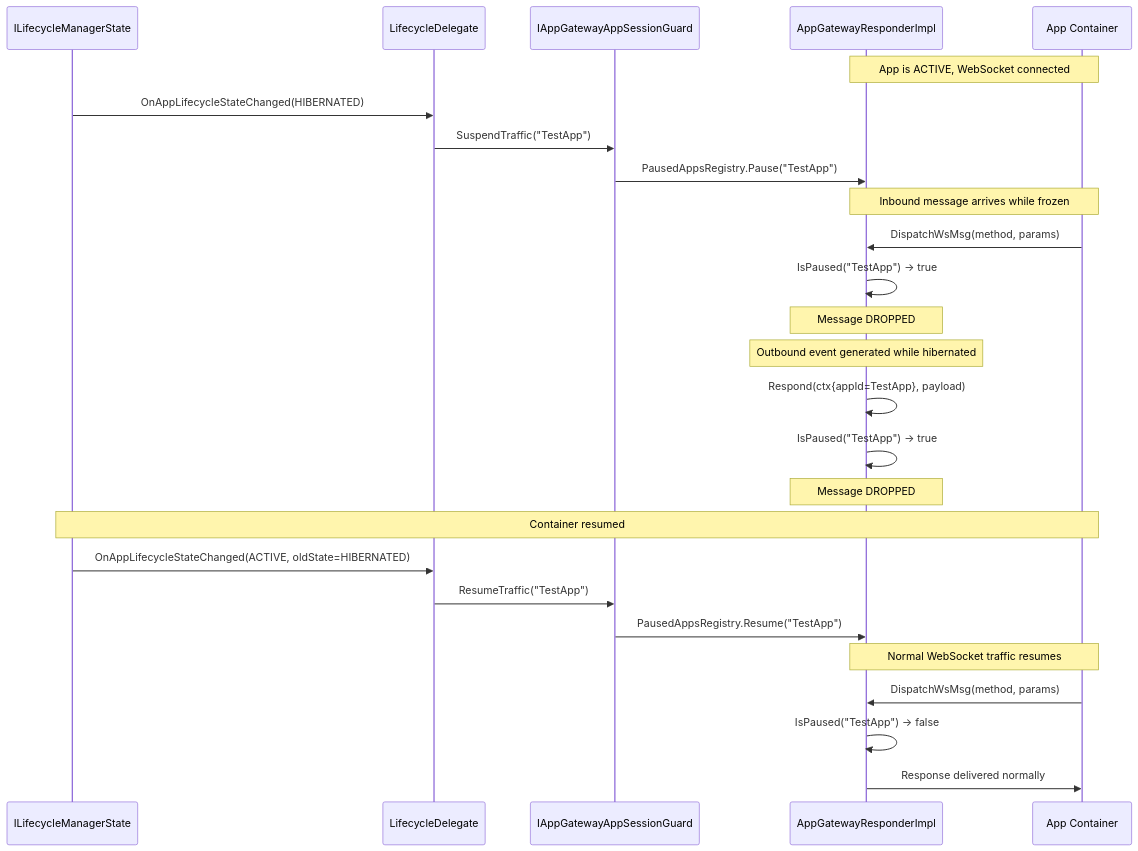
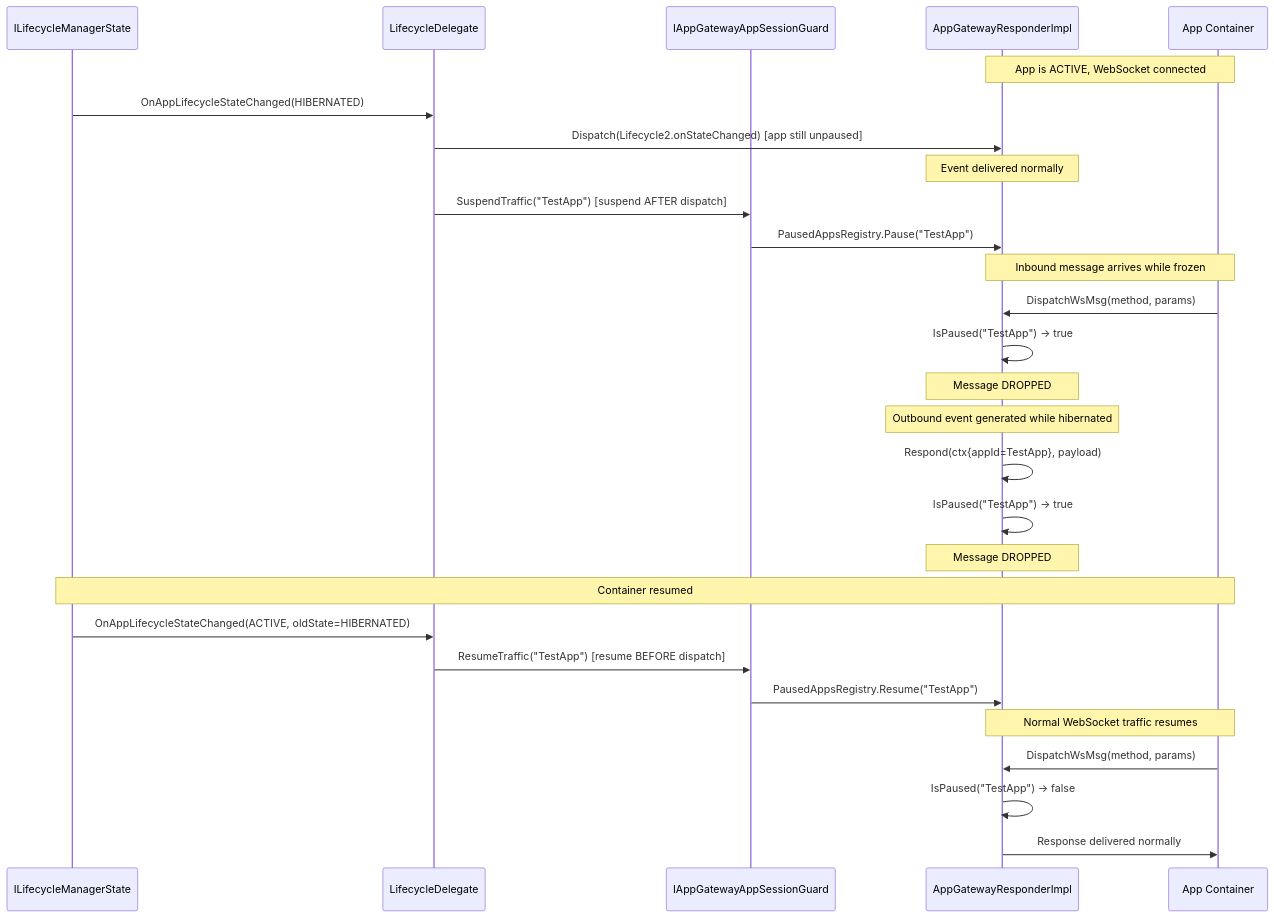
The first of 2 diagrams in docs/WebSocketTrafficControl_HibernationDesign.md (rdkcentral/entservices-appgateway), drawn with Mermaid before and after one commit. The commit also changed other lines of this file and 2 other files, not shown here.

````diff
--- a/docs/WebSocketTrafficControl_HibernationDesign.md
+++ b/docs/WebSocketTrafficControl_HibernationDesign.md
@@ -288,33 +262,35 @@
 ```mermaid
 sequenceDiagram
     participant LM as ILifecycleManagerState
     participant LD as LifecycleDelegate
     participant SG as IAppGatewayAppSessionGuard
     participant AGR as AppGatewayResponderImpl
     participant App as App Container
 
     Note over App,AGR: App is ACTIVE, WebSocket connected
     LM->>LD: OnAppLifecycleStateChanged(HIBERNATED)
-    LD->>SG: SuspendTraffic("TestApp")
+    LD->>AGR: Dispatch(Lifecycle2.onStateChanged) [app still unpaused]
+    Note over AGR: Event delivered normally
+    LD->>SG: SuspendTraffic("TestApp") [suspend AFTER dispatch]
     SG->>AGR: PausedAppsRegistry.Pause("TestApp")
 
     Note over App,AGR: Inbound message arrives while frozen
     App->>AGR: DispatchWsMsg(method, params)
     AGR->>AGR: IsPaused("TestApp") → true
     Note over AGR: Message DROPPED
 
     Note over AGR: Outbound event generated while hibernated
     AGR->>AGR: Respond(ctx{appId=TestApp}, payload)
     AGR->>AGR: IsPaused("TestApp") → true
     Note over AGR: Message DROPPED
 
     Note over App,LM: Container resumed
     LM->>LD: OnAppLifecycleStateChanged(ACTIVE, oldState=HIBERNATED)
-    LD->>SG: ResumeTraffic("TestApp")
+    LD->>SG: ResumeTraffic("TestApp") [resume BEFORE dispatch]
     SG->>AGR: PausedAppsRegistry.Resume("TestApp")
 
     Note over App,AGR: Normal WebSocket traffic resumes
     App->>AGR: DispatchWsMsg(method, params)
     AGR->>AGR: IsPaused("TestApp") → false
     AGR->>App: Response delivered normally
 ```
````
